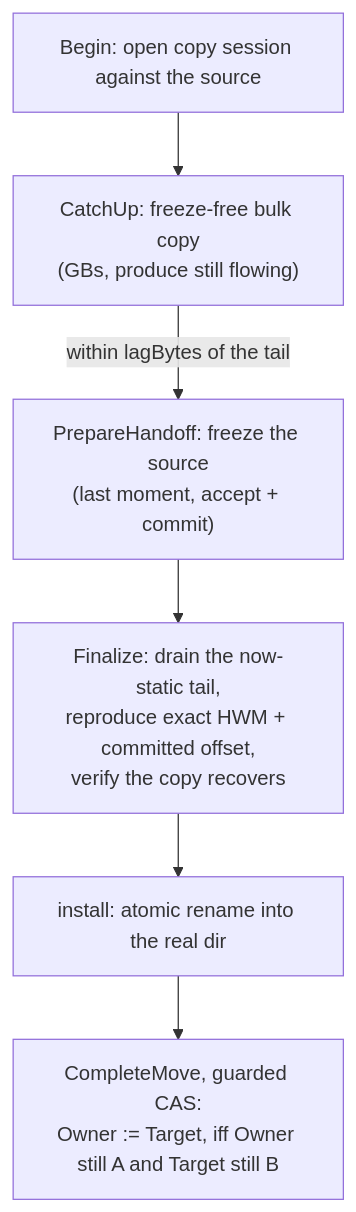
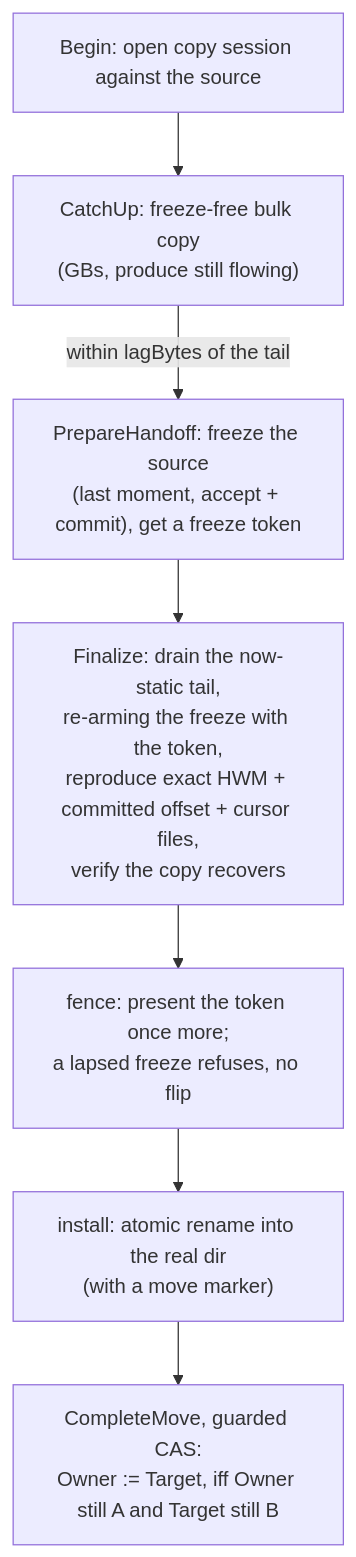
Before and after one commit to DebanganThakuria/narad: the second of 2 diagrams in docs/internals/rebalance.md, drawn with Mermaid. The commit also changed other lines of this file and 24 other files, not shown here.

First line of the commit message:
fix(cluster): carry fan-out cursors through moves, fence the handoff freeze, abort dead-target moves (#168)

````diff
--- a/docs/internals/rebalance.md
+++ b/docs/internals/rebalance.md
@@ -31,9 +31,10 @@
 ```mermaid
 flowchart TD
     BEGIN["Begin: open copy session against the source"] --> CATCHUP
     CATCHUP["CatchUp: freeze-free bulk copy<br/>(GBs, produce still flowing)"] -->|within lagBytes of the tail| FREEZE
-    FREEZE["PrepareHandoff: freeze the source<br/>(last moment, accept + commit)"] --> FINAL
-    FINAL["Finalize: drain the now-static tail,<br/>reproduce exact HWM + committed offset,<br/>verify the copy recovers"] --> INSTALL
-    INSTALL["install: atomic rename into the real dir"] --> FLIP
+    FREEZE["PrepareHandoff: freeze the source<br/>(last moment, accept + commit), get a freeze token"] --> FINAL
+    FINAL["Finalize: drain the now-static tail,<br/>re-arming the freeze with the token,<br/>reproduce exact HWM + committed offset + cursor files,<br/>verify the copy recovers"] --> FENCE
+    FENCE["fence: present the token once more;<br/>a lapsed freeze refuses, no flip"] --> INSTALL
+    INSTALL["install: atomic rename into the real dir<br/>(with a move marker)"] --> FLIP
     FLIP["CompleteMove, guarded CAS:<br/>Owner := Target, iff Owner still A and Target still B"]
 ```
````
